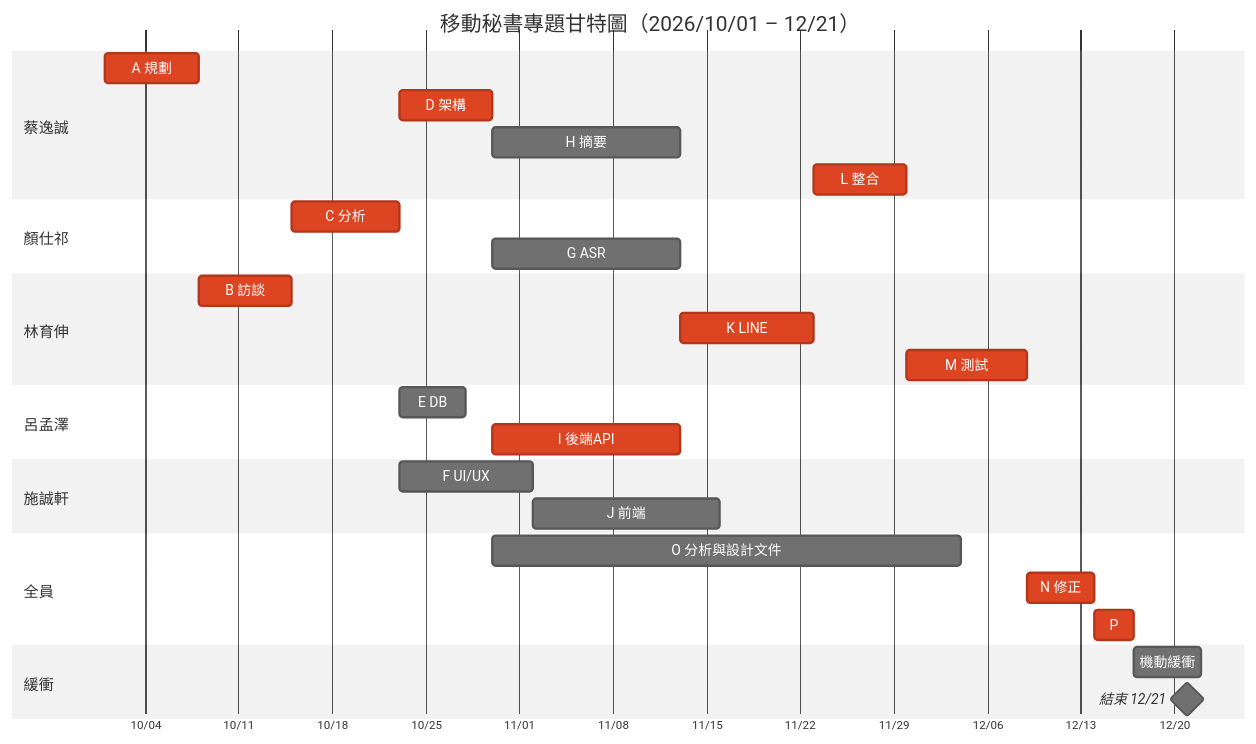
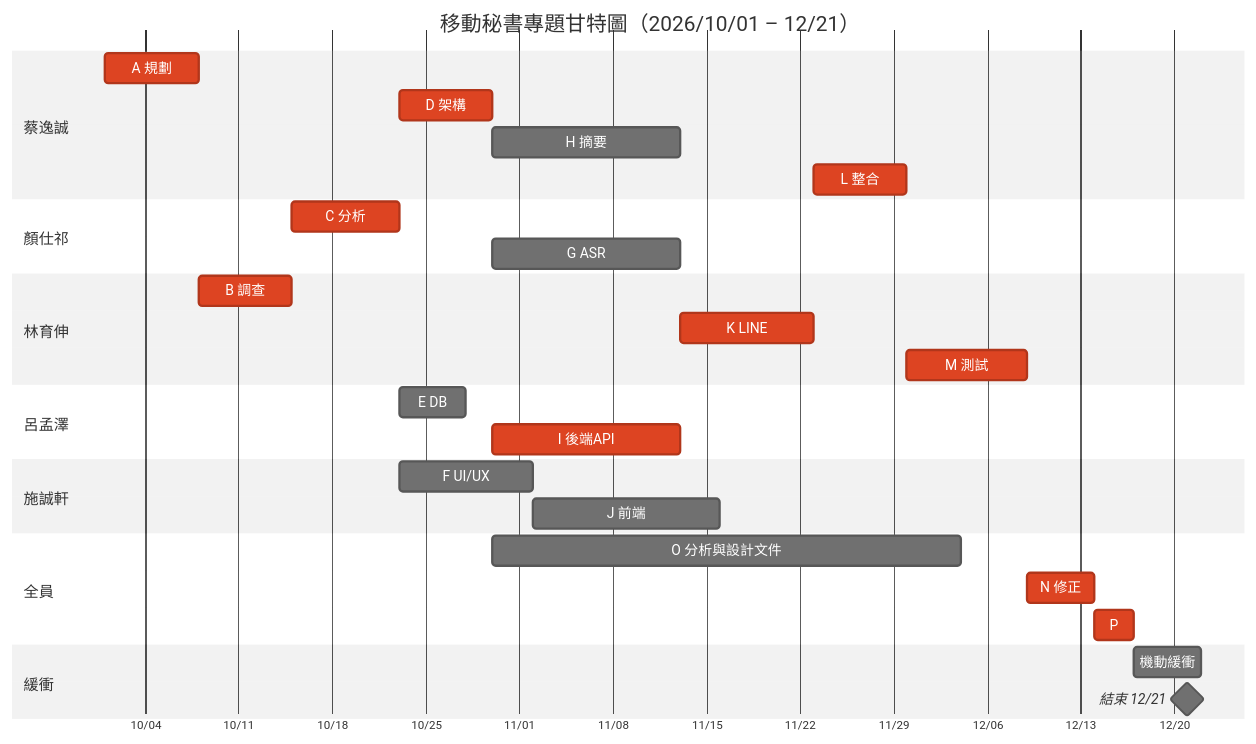
One commit to YENpsychopomp/systemdesign changed the first of 2 diagrams in team_work_2.md. Above: the diagram before and after it, drawn with Mermaid. The commit also changed other lines of this file, not shown here.

````diff
--- a/team_work_2.md
+++ b/team_work_2.md
@@ -86,33 +85,33 @@
 ```mermaid
 %%{init: {"theme": "neutral", "gantt": {"barHeight": 26, "barGap": 6, "fontSize": 12, "sectionFontSize": 13, "leftPadding": 80, "topPadding": 44, "gridLineStartPadding": 30}}}%%
 gantt
     title 移動秘書專題甘特圖（2026/10/01 – 12/21）
     dateFormat YYYY-MM-DD
     axisFormat %m/%d
     tickInterval 1week
     section 蔡逸誠
     A 規劃 :crit, a, 2026-10-01, 7d
     D 架構 :crit, d, 2026-10-23, 7d
     H 摘要 :h, 2026-10-30, 14d
     L 整合 :crit, l, 2026-11-23, 7d
     section 顏仕祁
     C 分析 :crit, c, 2026-10-15, 8d
     G ASR :g, 2026-10-30, 14d
     section 林育伸
-    B 訪談 :crit, b, 2026-10-08, 7d
+    B 調查 :crit, b, 2026-10-08, 7d
     K LINE :crit, k, 2026-11-13, 10d
     M 測試 :crit, m, 2026-11-30, 9d
     section 呂孟澤
     E DB :e, 2026-10-23, 5d
     I 後端API :crit, i, 2026-10-30, 14d
     section 施誠軒
     F UI/UX :f, 2026-10-23, 10d
     J 前端 :j, 2026-11-02, 14d
     section 全員
     O 分析與設計文件 :o, 2026-10-30, 35d
     N 修正 :crit, n, 2026-12-09, 5d
     P :crit, p, 2026-12-14, 3d
     section 緩衝
     機動緩衝 :buf, 2026-12-17, 5d
     結束 12/21 :milestone, fin, 2026-12-21, 0d
 ```
````
